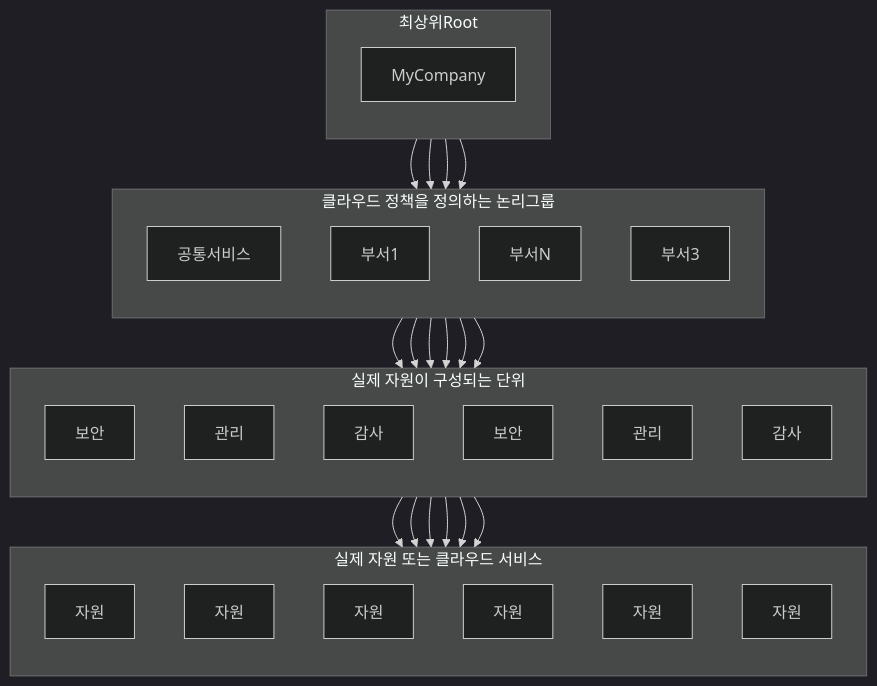
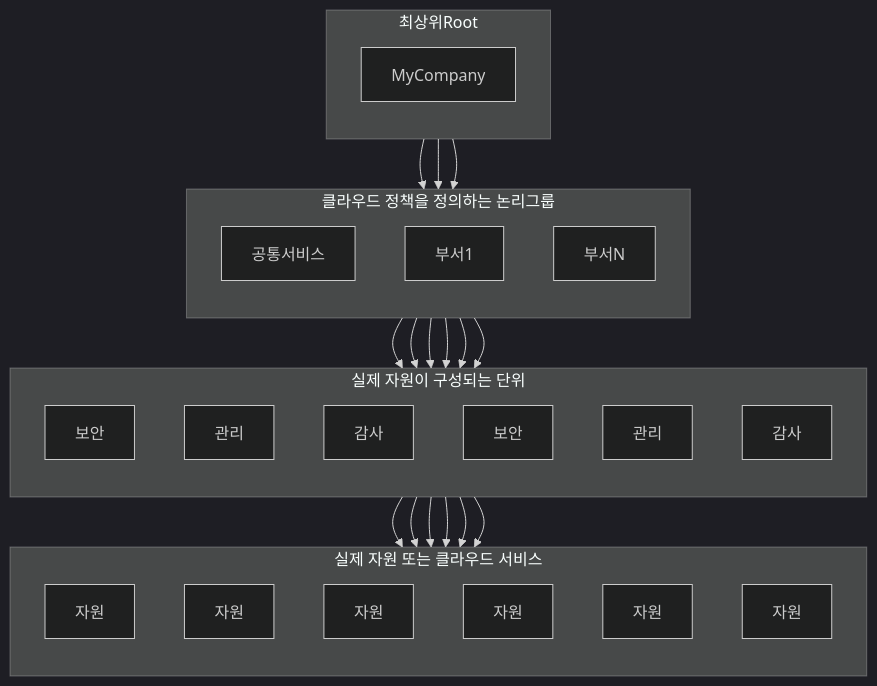
One commit to NodleKang/nodlekang.github.io changed the diagram in _posts/csp/2025-01-07-csp-structure.md. Above: the diagram before and after it, drawn with Mermaid (dark theme).

```diff
--- a/_posts/csp/2025-01-07-csp-structure.md
+++ b/_posts/csp/2025-01-07-csp-structure.md
@@ -30,44 +30,42 @@
 <pre class="mermaid">
 flowchart TD
     subgraph Root["최상위Root"]
         direction TB
         MyCompany[MyCompany]
     end
 
     subgraph LogicalGroup["클라우드 정책을 정의하는 논리그룹"]
         direction TB
         MyCompany[MyCompany]
         CommonService[공통서비스]
         Dep1[부서1]
         Dep2[부서N]
-        Dep3[부서3]
     end
 
     MyCompany --> CommonService
     MyCompany --> Dep1
     MyCompany --> Dep2
-    MyCompany --> Dep3
 
     subgraph GroupPerEnv["실제 자원이 구성되는 단위"]
         direction TB
         CommonService --> CS1[보안]
         CommonService --> CS2[관리]
         CommonService --> CS3[감사]
 
         direction TB
         Dep1 --> A1[보안]
         Dep1 --> B1[관리]
         Dep1 --> C1[감사]
     end
 
     subgraph RealResourceGroup["실제 자원 또는 클라우드 서비스"]
         direction TB
         CS1 --> CS11[자원]
         CS2 --> CS21[자원]
         CS3 --> CS31[자원]
 
         A1 --> A11[자원]
         B1 --> B11[자원]
         C1 --> C11[자원]
     end
 </pre>
```
